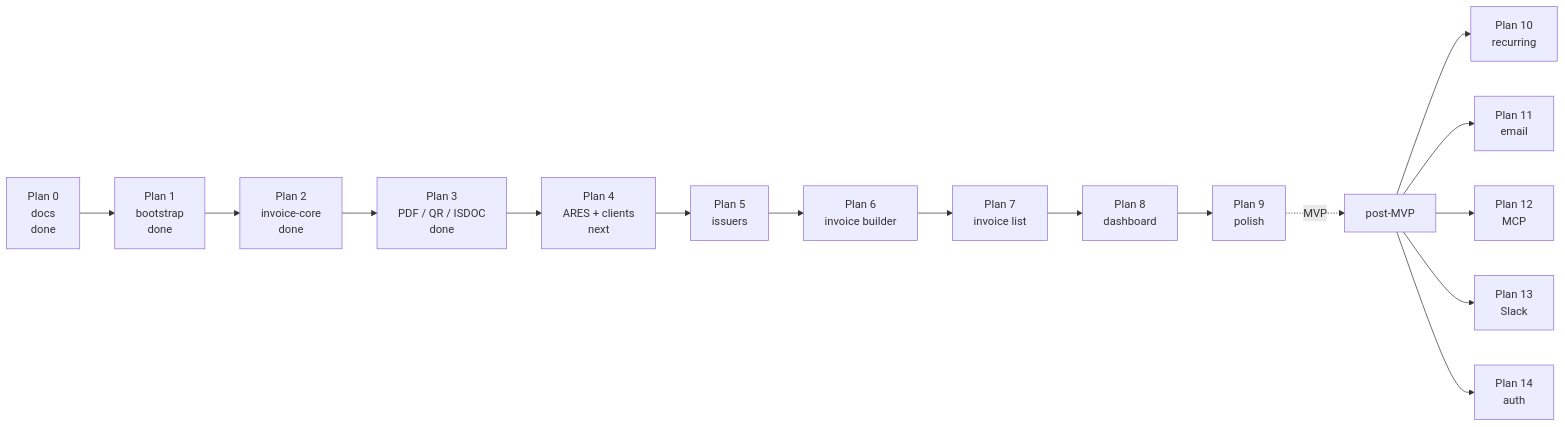
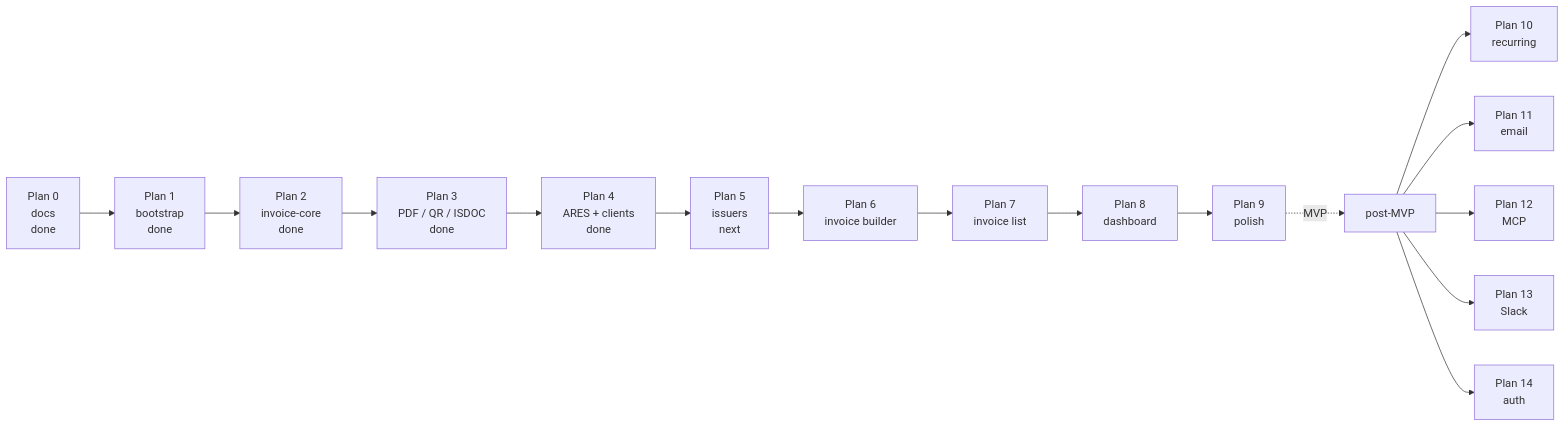
One commit to filipditrich/inveoiceyai changed the diagram in docs/roadmap.md. Above: the diagram before and after it, drawn with Mermaid. The commit also changed other lines of this file, not shown here.

Commit message:
docs(docs): mark Plan 4 CRM and ARES as done

````diff
--- a/docs/roadmap.md
+++ b/docs/roadmap.md
@@ -7,18 +7,18 @@
 ```mermaid
 flowchart LR
     P0["Plan 0<br/>docs<br/>done"] --> P1["Plan 1<br/>bootstrap<br/>done"]
     P1 --> P2["Plan 2<br/>invoice-core<br/>done"]
     P2 --> P3["Plan 3<br/>PDF / QR / ISDOC<br/>done"]
-    P3 --> P4["Plan 4<br/>ARES + clients<br/>next"]
-    P4 --> P5["Plan 5<br/>issuers"]
+    P3 --> P4["Plan 4<br/>ARES + clients<br/>done"]
+    P4 --> P5["Plan 5<br/>issuers<br/>next"]
     P5 --> P6["Plan 6<br/>invoice builder"]
     P6 --> P7["Plan 7<br/>invoice list"]
     P7 --> P8["Plan 8<br/>dashboard"]
     P8 --> P9["Plan 9<br/>polish"]
     P9 -.MVP.-> Post["post-MVP"]
     Post --> P10["Plan 10<br/>recurring"]
     Post --> P11["Plan 11<br/>email"]
     Post --> P12["Plan 12<br/>MCP"]
     Post --> P13["Plan 13<br/>Slack"]
     Post --> P14["Plan 14<br/>auth"]
 ```
````
